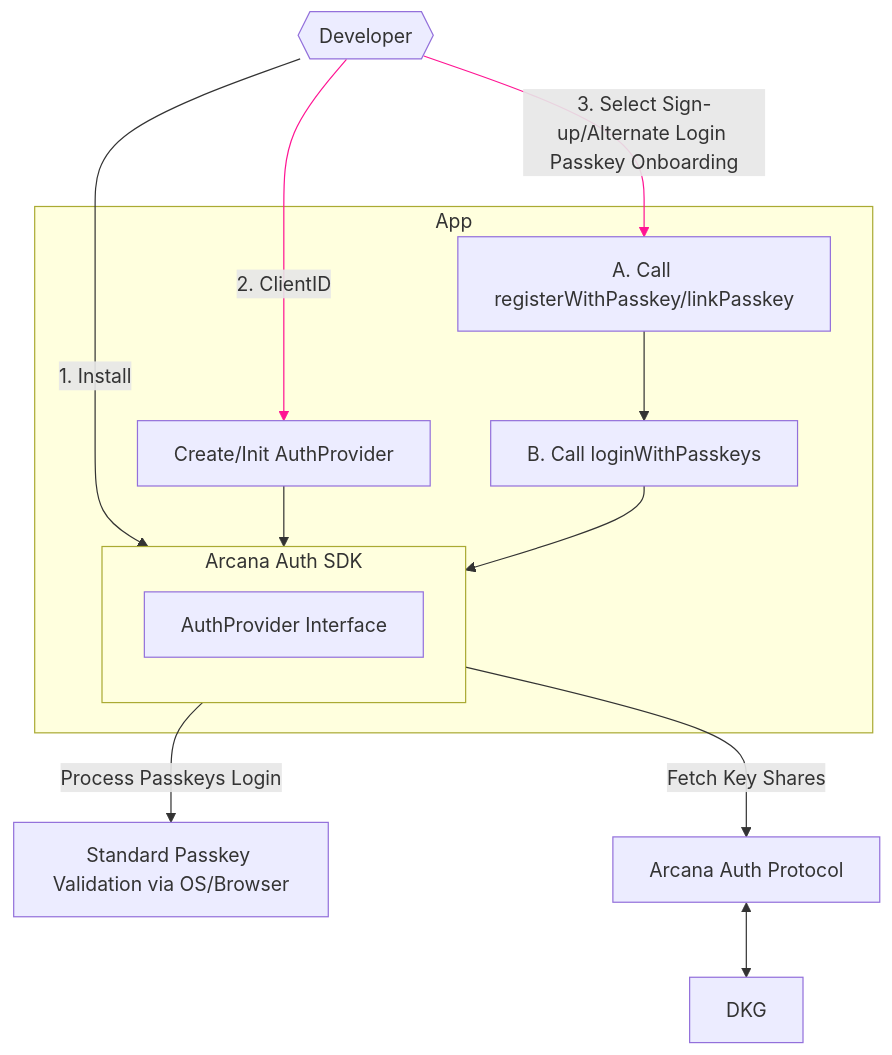
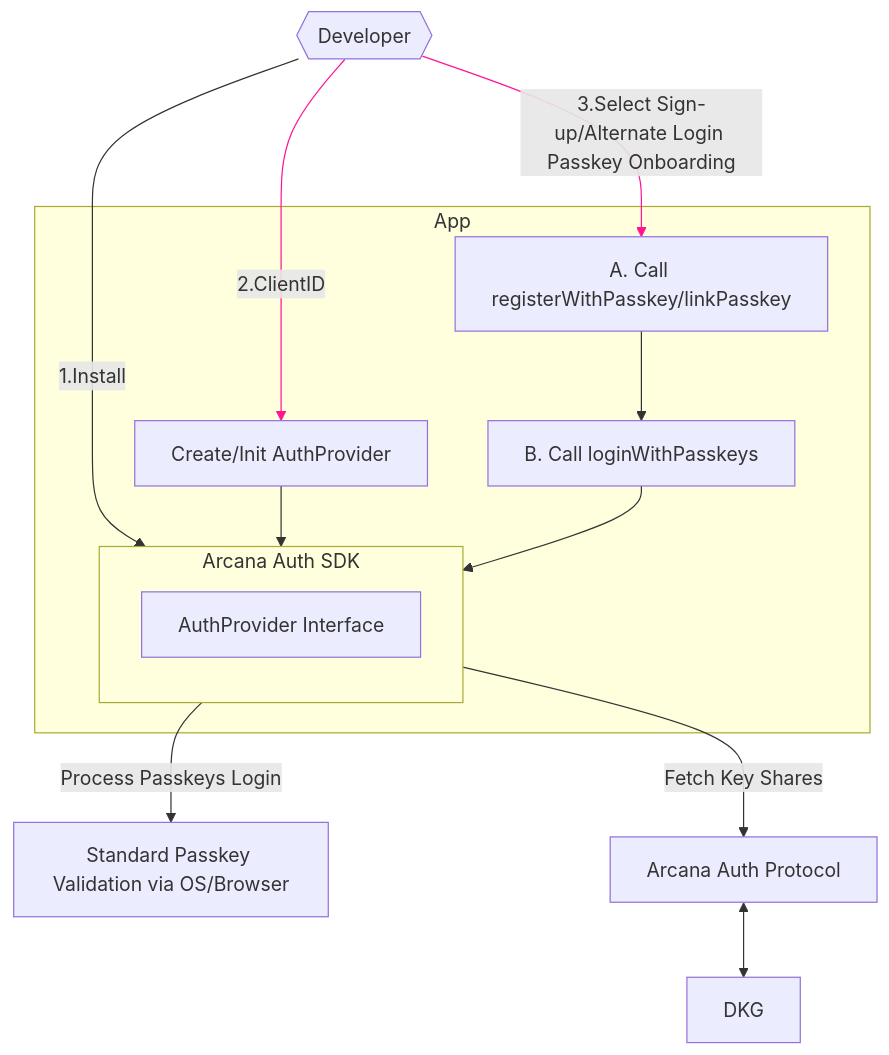
The sixth of 7 diagrams in docs/concepts/authtype/auth-passkeys.md (shaloo/docs.arcana), drawn with Mermaid before and after one commit. The commit also changed other lines of this file and 13 other files, not shown here.

First line of the commit message:
Fix: #AR-8745 check and fix mermaid diagram space issue in latest MKdocs tooling

````diff
--- a/docs/concepts/authtype/auth-passkeys.md
+++ b/docs/concepts/authtype/auth-passkeys.md
@@ -118,18 +118,18 @@
     ```mermaid
     graph TD
-        DFLA{{Developer}} --1. Install --> authsdk
-        DFLA --2. ClientID -->AUTHP
-        DFLA --3. Select Sign-up/Alternate Login Passkey Onboarding -->POP -->COA
+        DFLA{{Developer}} --1.Install --> authsdk
+        DFLA --2.ClientID -->AUTHP
+        DFLA --3.Select Sign-up/Alternate Login Passkey Onboarding -->POP -->COA
         subgraph app[App]
             AUTHP[Create/Init AuthProvider] --> authsdk
             COA[B. Call loginWithPasskeys] --> authsdk
             POP[A. Call registerWithPasskey/linkPasskey]
             subgraph authsdk[Arcana Auth SDK]
             direction TB 
                 SDK1[AuthProvider Interface] 
             end
         end
         linkStyle 1,2 stroke: deeppink;
         authsdk --Process Passkeys Login --> STD[Standard Passkey Validation via OS/Browser]
         authsdk --Fetch Key Shares --> BEP[Arcana Auth Protocol] <--> BEK[DKG]
     ```
````
